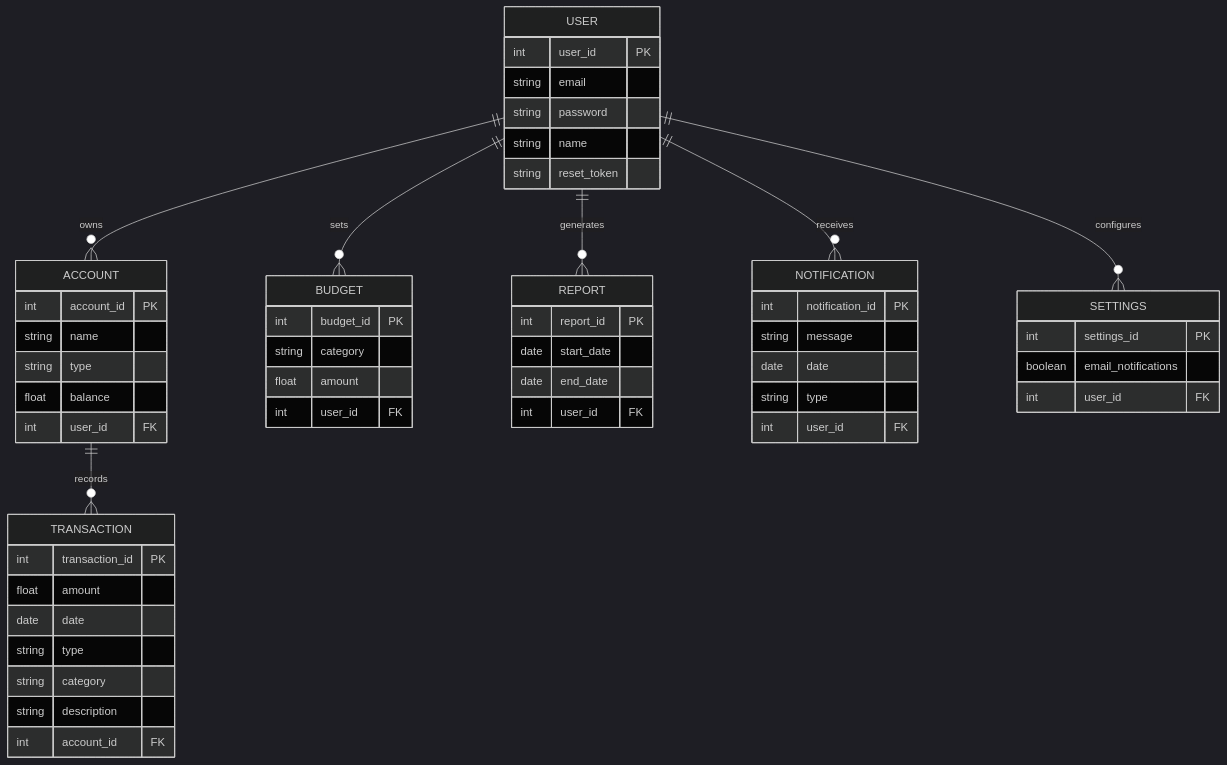
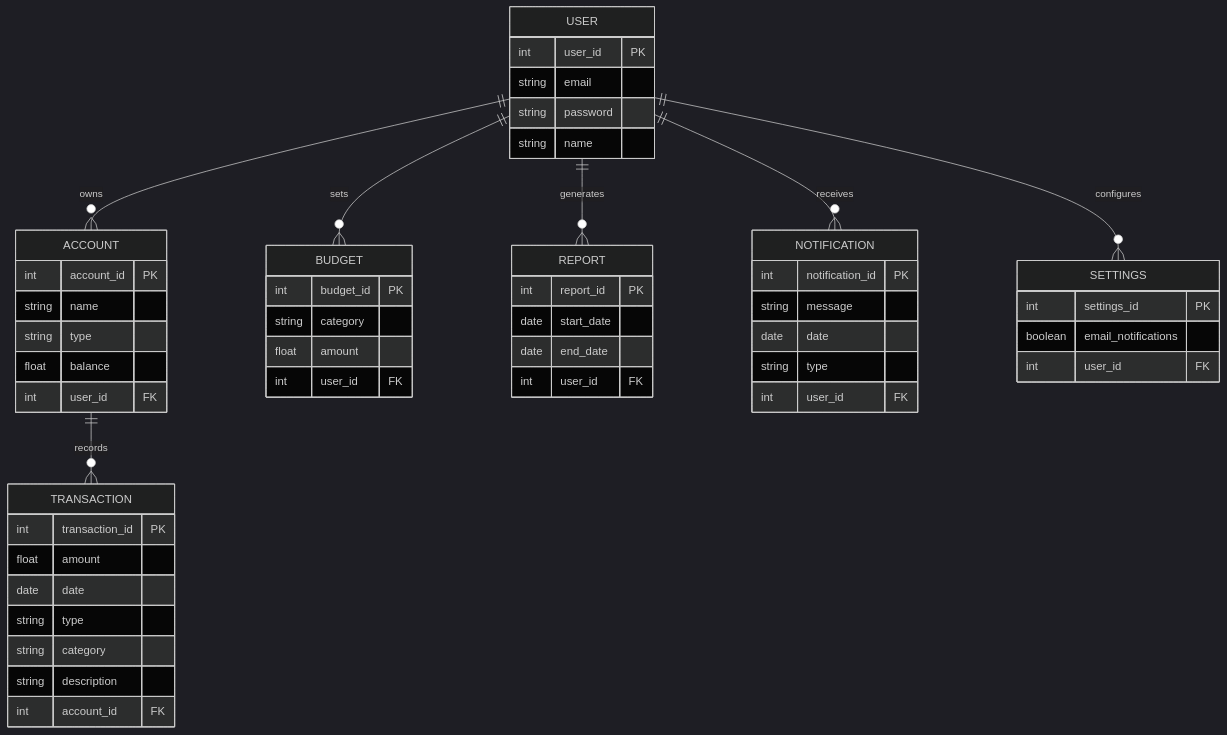
Before and after one commit to kentayamada-centennial/Personal-Finance-Management-App: the first of 2 diagrams in README.md, drawn with Mermaid (dark theme). The commit also changed other lines of this file, not shown here.

````diff
--- a/README.md
+++ b/README.md
@@ -102,63 +100,62 @@
 ```mermaid
 erDiagram
     USER {
         int user_id PK
         string email
         string password
         string name
-        string reset_token
     }
     
     ACCOUNT {
         int account_id PK
         string name
         string type
         float balance
         int user_id FK
     }
 
     TRANSACTION {
         int transaction_id PK
         float amount
         date date
         string type
         string category
         string description
         int account_id FK
     }
     
     BUDGET {
         int budget_id PK
         string category
         float amount
         int user_id FK
     }
     
     REPORT {
         int report_id PK
         date start_date
         date end_date
         int user_id FK
     }
     
     NOTIFICATION {
         int notification_id PK
         string message
         date date
         string type
         int user_id FK
     }
     
     SETTINGS {
         int settings_id PK
         boolean email_notifications
         int user_id FK
     }
     
     USER ||--o{ ACCOUNT: owns
     USER ||--o{ BUDGET: sets
     USER ||--o{ REPORT: generates
     USER ||--o{ NOTIFICATION: receives
     USER ||--o{ SETTINGS: configures
     ACCOUNT ||--o{ TRANSACTION: records
 ```
````
